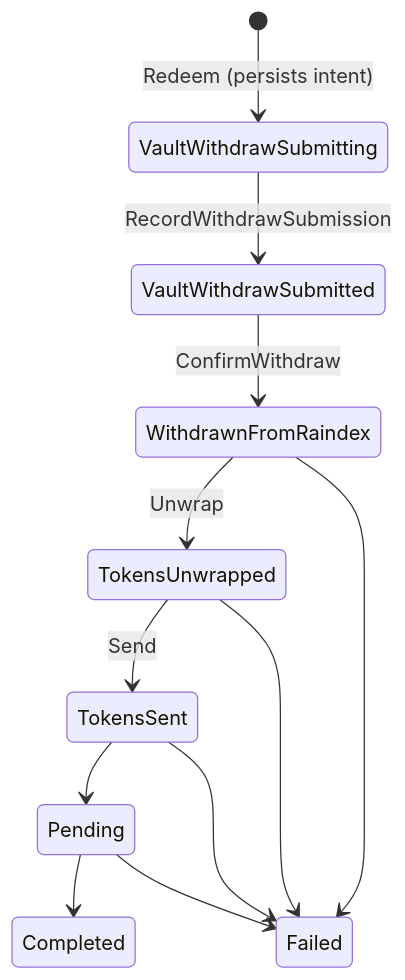
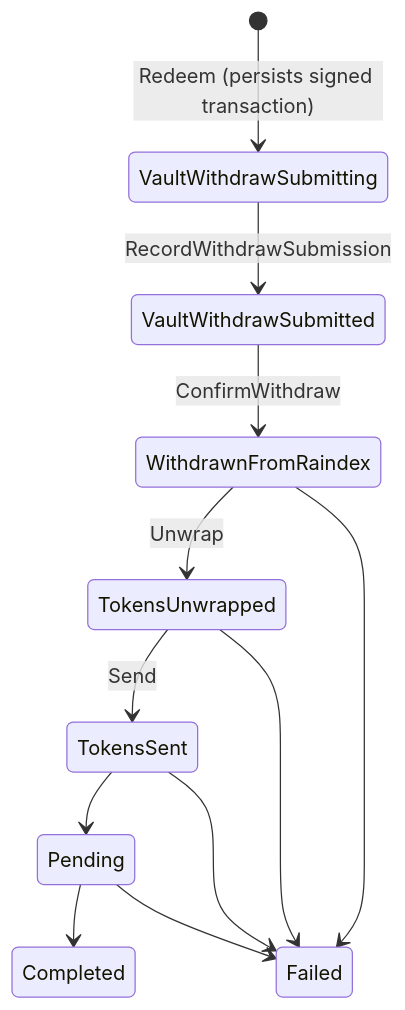
The sixth of 12 diagrams in SPEC.md (ST0x-Technology/st0x.liquidity), drawn with Mermaid before and after one commit. The commit also changed other lines of this file and 25 other files, not shown here.

````diff
--- a/SPEC.md
+++ b/SPEC.md
@@ -3328,14 +3328,14 @@
 ```mermaid
 stateDiagram-v2
-    [*] --> VaultWithdrawSubmitting: Redeem (persists intent)
+    [*] --> VaultWithdrawSubmitting: Redeem (persists signed transaction)
     VaultWithdrawSubmitting --> VaultWithdrawSubmitted: RecordWithdrawSubmission
     VaultWithdrawSubmitted --> WithdrawnFromRaindex: ConfirmWithdraw
     WithdrawnFromRaindex --> TokensUnwrapped: Unwrap
     WithdrawnFromRaindex --> Failed
     TokensUnwrapped --> TokensSent: Send
     TokensUnwrapped --> Failed
     TokensSent --> Pending
     TokensSent --> Failed
     Pending --> Completed
     Pending --> Failed
 ```
````
